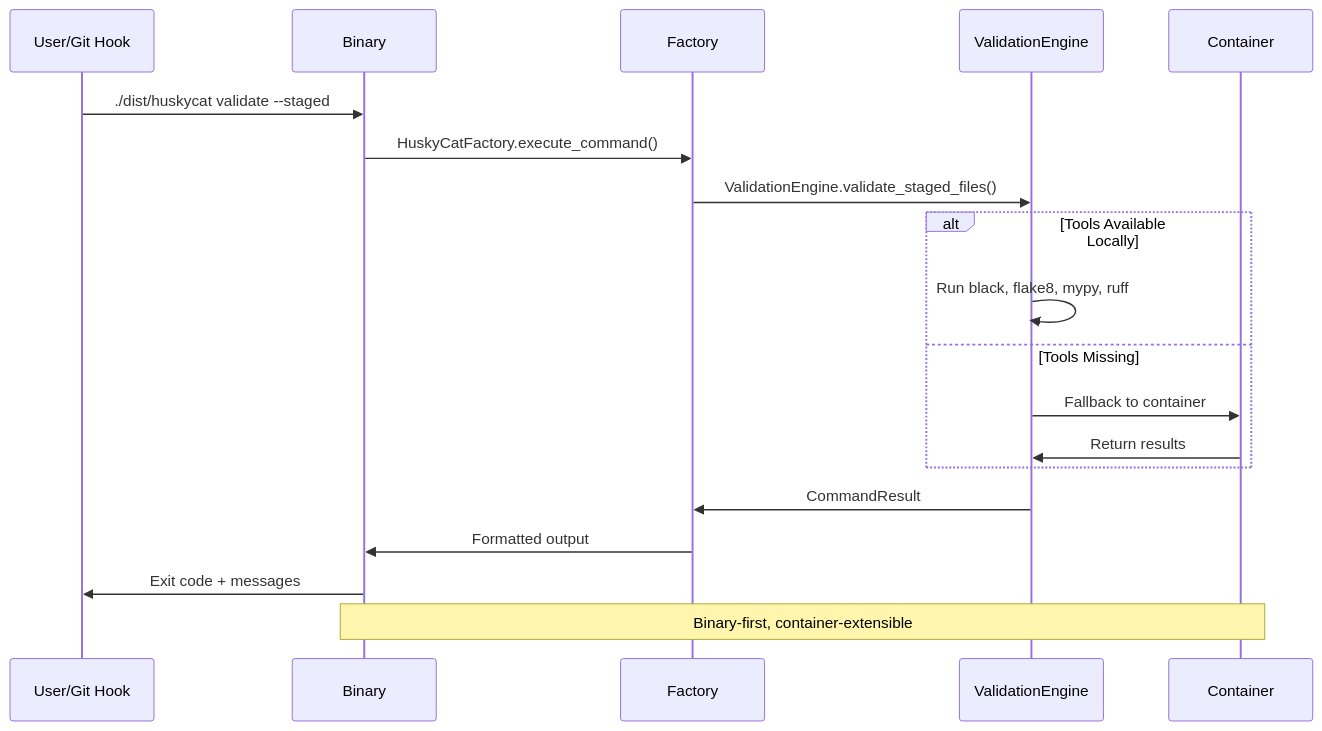
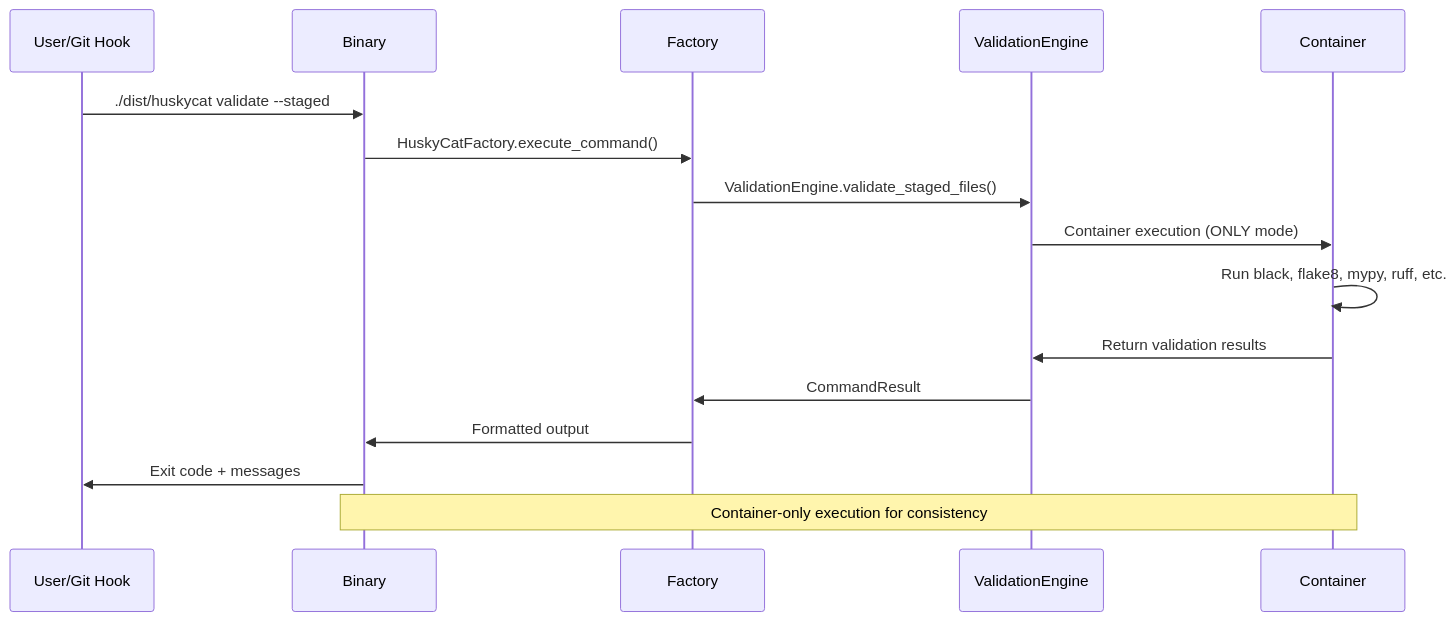
The second of 2 diagrams in README.md (Jesssullivan/tinyland-huskycat), drawn with Mermaid before and after one commit. The commit also changed other lines of this file and 11 other files, not shown here.

First line of the commit message:
feat: implement development-friendly validation with container-only execution

````diff
--- a/README.md
+++ b/README.md
@@ -238,25 +235,20 @@
 ```mermaid  
 sequenceDiagram
     participant U as User/Git Hook
     participant B as Binary
     participant F as Factory
     participant V as ValidationEngine
     participant C as Container
     
     U->>B: ./dist/huskycat validate --staged
     B->>F: HuskyCatFactory.execute_command()
     F->>V: ValidationEngine.validate_staged_files()
-    
-    alt Tools Available Locally
-        V->>V: Run black, flake8, mypy, ruff
-    else Tools Missing
-        V->>C: Fallback to container
-        C->>V: Return results
-    end
-    
+    V->>C: Container execution (ONLY mode)
+    C->>C: Run black, flake8, mypy, ruff, etc.
+    C->>V: Return validation results
     V->>F: CommandResult
     F->>B: Formatted output
     B->>U: Exit code + messages
     
-    Note over B,C: Binary-first, container-extensible
+    Note over B,C: Container-only execution for consistency
 ```
````
